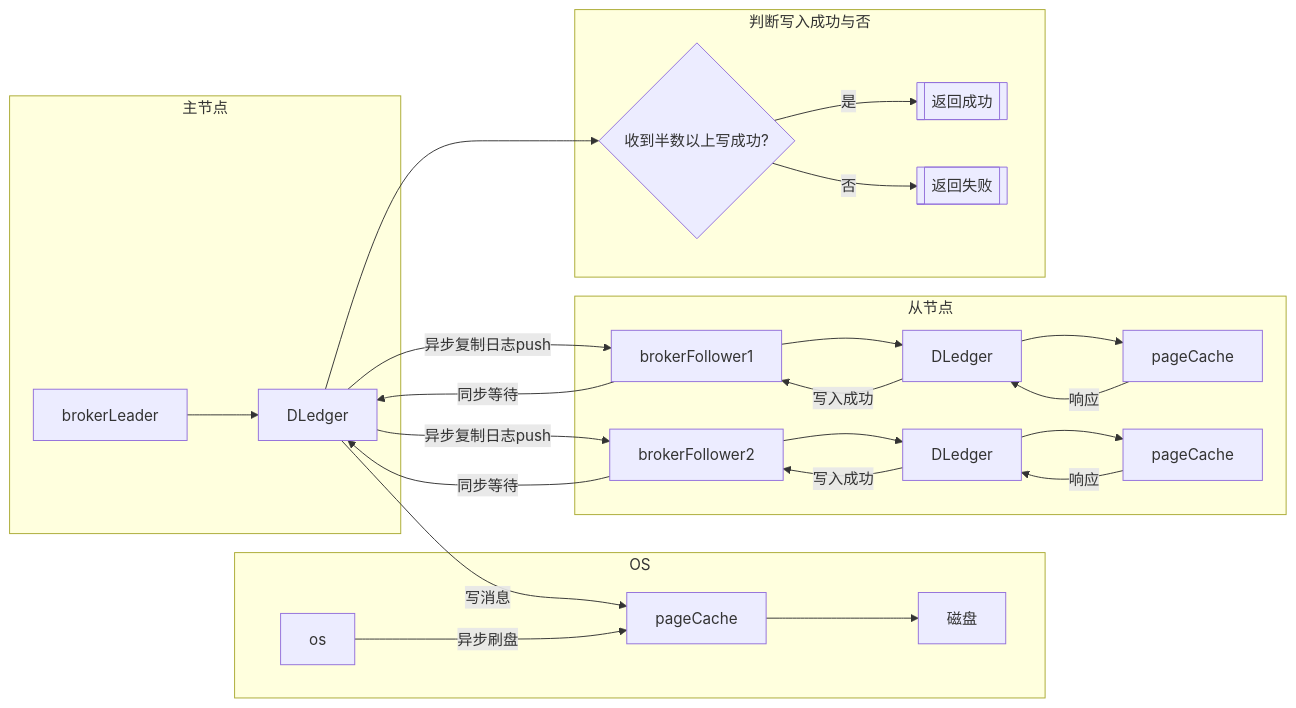
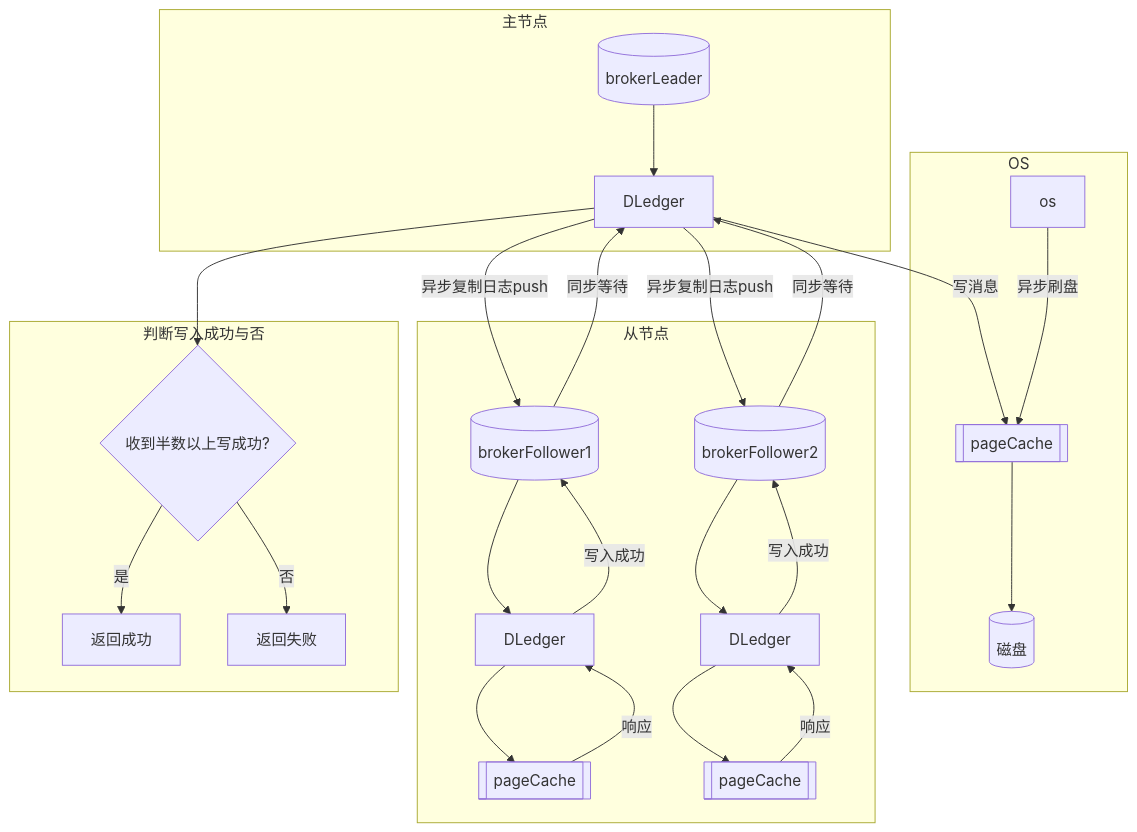
One commit to xiaomingxian/help-doc changed the diagram in rocketmq理解/T_20220419_broker数据写入.md. Above: the diagram before and after it, drawn with Mermaid.

````diff
--- a/rocketmq理解/T_20220419_broker数据写入.md
+++ b/rocketmq理解/T_20220419_broker数据写入.md
@@ -3,29 +3,29 @@
 ```mermaid
-graph LR;
-pc[pageCache]
+graph TD;
+pc[[pageCache]]
 os
 dl[DLedger]
-bf1[brokerFollower1]
-bf2[brokerFollower2]
-bL[brokerLeader]
+bf1[(brokerFollower1)]
+bf2[(brokerFollower2)]
+bL[(brokerLeader)]
 dl--写消息-->pc
 subgraph OS
-os--异步刷盘-->pc-->cp[磁盘]
+os--异步刷盘-->pc-->cp[(磁盘)]
 end
 
 subgraph 主节点
 bL --> dl
 end
 subgraph 从节点
-dl--异步复制日志push-->bf1-->dL1[DLedger]-->pc1[pageCache]--响应-->dL1--写入成功-->bf1
+dl--异步复制日志push-->bf1-->dL1[DLedger]-->pc1[[pageCache]]--响应-->dL1--写入成功-->bf1
 bf1--同步等待-->dl
-dl--异步复制日志push-->bf2-->dL2[DLedger]-->pc2[pageCache]--响应-->dL2--写入成功-->bf2
+dl--异步复制日志push-->bf2-->dL2[DLedger]-->pc2[[pageCache]]--响应-->dL2--写入成功-->bf2
 bf2--同步等待-->dl
 end
 
 subgraph 判断写入成功与否
 dl-->su{收到半数以上写成功?}
-su--是-->y[[返回成功]]
-su--否-->n[[返回失败]]
+su--是-->y[返回成功]
+su--否-->n[返回失败]
 end
 ```
````
